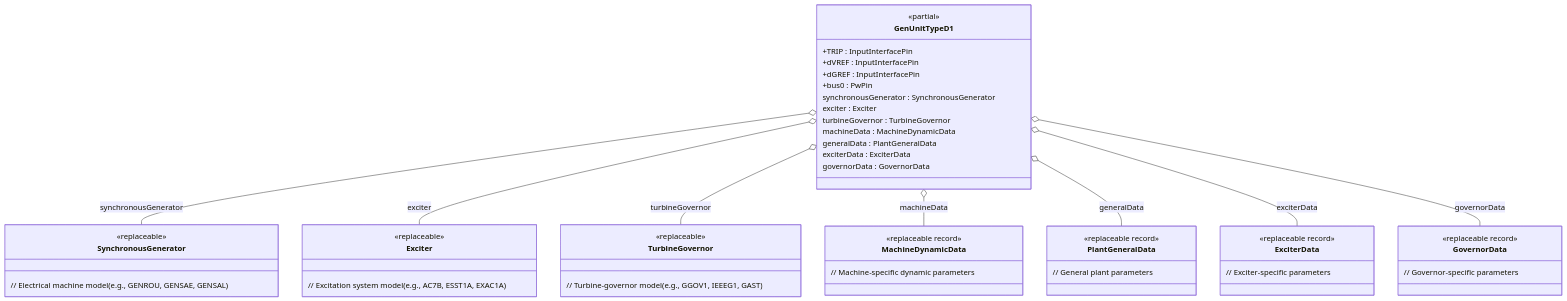
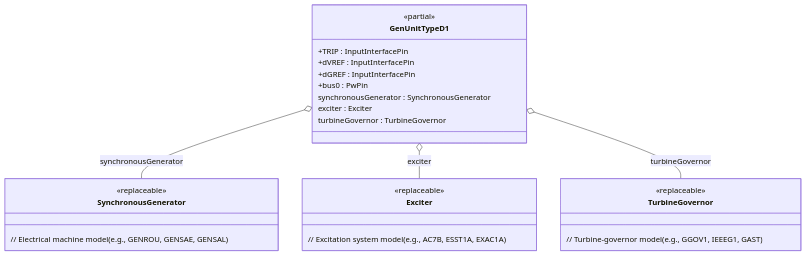
One commit to Opal-RT-Technologies/ephasorsim-modelica-library changed the first of 4 diagrams in modelica/OpalRT/docs/TypeD.md. Above: the diagram before and after it, drawn with Mermaid. The commit also changed other lines of this file and 56 other files, not shown here.

````diff
--- a/modelica/OpalRT/docs/TypeD.md
+++ b/modelica/OpalRT/docs/TypeD.md
@@ -40,60 +38,32 @@
 ```mermaid
 classDiagram
   class GenUnitTypeD1 {
     <<partial>>
     +TRIP : InputInterfacePin
     +dVREF : InputInterfacePin
     +dGREF : InputInterfacePin
     +bus0 : PwPin
     synchronousGenerator : SynchronousGenerator
     exciter : Exciter
     turbineGovernor : TurbineGovernor
-    machineData : MachineDynamicData
-    generalData : PlantGeneralData
-    exciterData : ExciterData
-    governorData : GovernorData
   }
 
   class SynchronousGenerator {
     <<replaceable>>
     // Electrical machine model (e.g., GENROU, GENSAE, GENSAL)
   }
 
   class Exciter {
     <<replaceable>>
     // Excitation system model (e.g., AC7B, ESST1A, EXAC1A)
   }
 
   class TurbineGovernor {
     <<replaceable>>
     // Turbine-governor model (e.g., GGOV1, IEEEG1, GAST)
   }
 
-  class MachineDynamicData {
-    <<replaceable record>>
-    // Machine-specific dynamic parameters
-  }
-
-  class PlantGeneralData {
-    <<replaceable record>>
-    // General plant parameters
-  }
-
-  class ExciterData {
-    <<replaceable record>>
-    // Exciter-specific parameters
-  }
-
-  class GovernorData {
-    <<replaceable record>>
-    // Governor-specific parameters
-  }
-
   GenUnitTypeD1 o-- SynchronousGenerator : synchronousGenerator
   GenUnitTypeD1 o-- Exciter : exciter
   GenUnitTypeD1 o-- TurbineGovernor : turbineGovernor
-  GenUnitTypeD1 o-- MachineDynamicData : machineData
-  GenUnitTypeD1 o-- PlantGeneralData : generalData
-  GenUnitTypeD1 o-- ExciterData : exciterData
-  GenUnitTypeD1 o-- GovernorData : governorData
 ```
````
